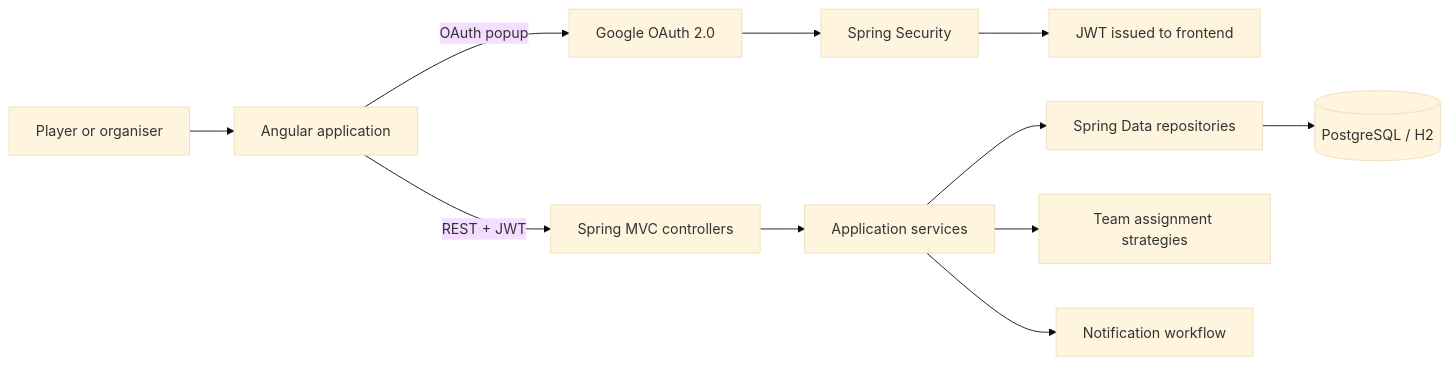
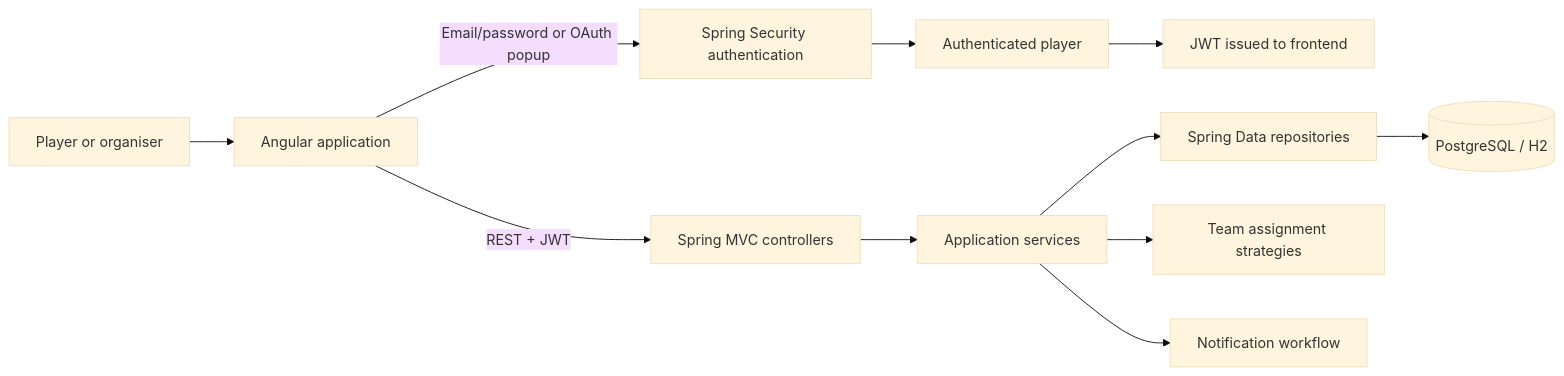
The first of 2 diagrams in README.md (brianMcS/soccersignup), drawn with Mermaid (base theme) before and after one commit. The commit also changed other lines of this file and 32 other files, not shown here.

Commit message:
feat: add password authentication and enforce role-based access

````diff
--- a/README.md
+++ b/README.md
@@ -87,13 +87,13 @@
 ```mermaid
 flowchart LR
     U["Player or organiser"] --> A["Angular application"]
     A -->|"REST + JWT"| C["Spring MVC controllers"]
-    A -->|"OAuth popup"| O["Google OAuth 2.0"]
-    O --> S["Spring Security"]
+    A -->|"Email/password or OAuth popup"| O["Spring Security authentication"]
+    O --> S["Authenticated player"]
     S --> J["JWT issued to frontend"]
     C --> V["Application services"]
     V --> R["Spring Data repositories"]
     R --> D[("PostgreSQL / H2")]
     V --> T["Team assignment strategies"]
     V --> N["Notification workflow"]
 ```
````
